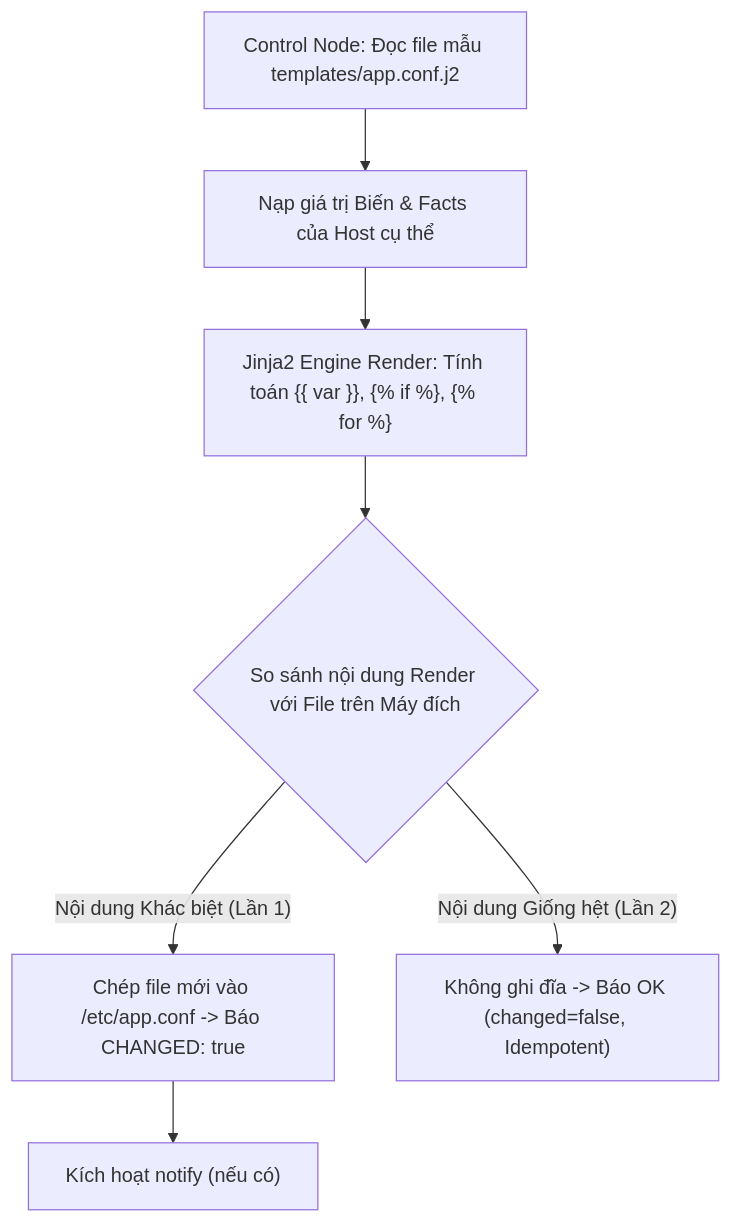
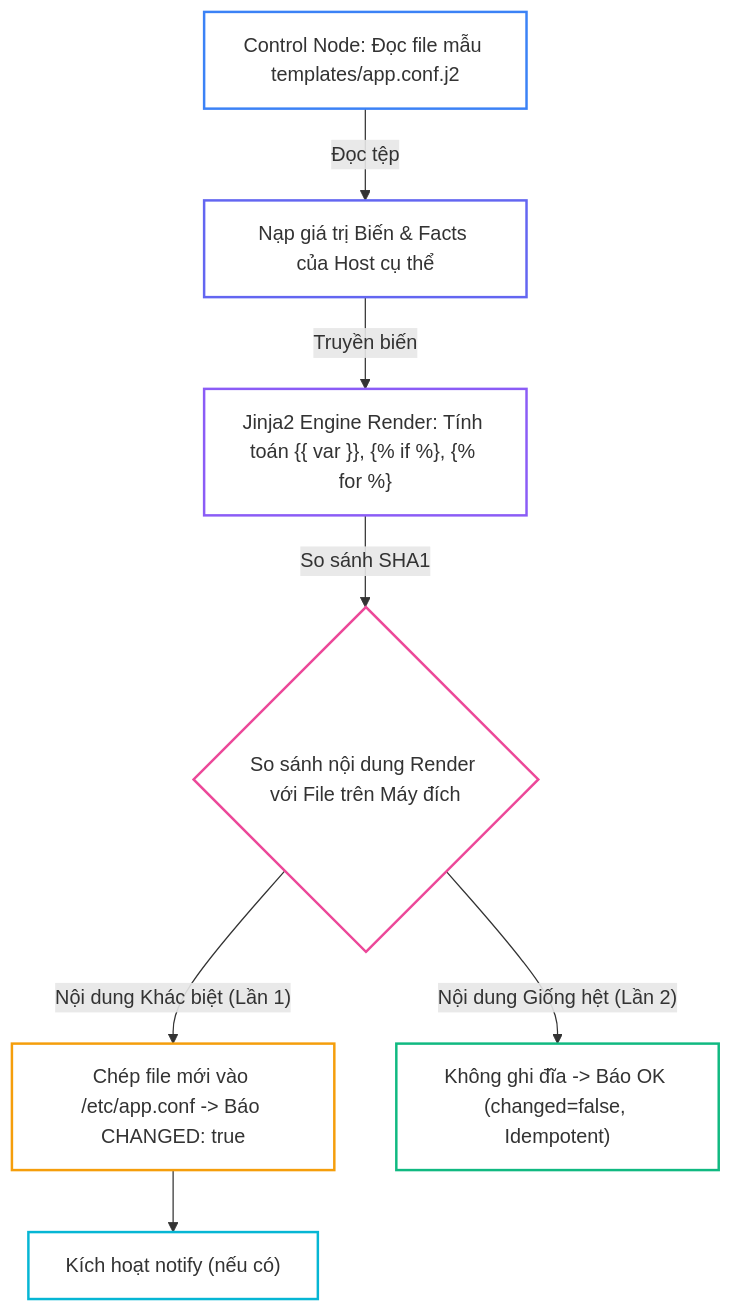
One commit to kiennt308/ntk changed the first of 3 diagrams in _posts/2026-09-13-ansible-12-12-templates-jinja2.md. Above: the diagram before and after it, drawn with Mermaid. The commit also changed other lines of this file and 30 other files, not shown here.

````diff
--- a/_posts/2026-09-13-ansible-12-12-templates-jinja2.md
+++ b/_posts/2026-09-13-ansible-12-12-templates-jinja2.md
@@ -82,11 +82,19 @@
 ```mermaid
 graph TD
-    A["Control Node: Đọc file mẫu templates/app.conf.j2"] --> B["Nạp giá trị Biến & Facts của Host cụ thể"]
-    B --> C["Jinja2 Engine Render: Tính toán {{ var }}, {% if %}, {% for %}"]
-    C --> D{"So sánh nội dung Render với File trên Máy đích"}
+    A["Control Node: Đọc file mẫu templates/app.conf.j2"] -->|"Đọc tệp"| B["Nạp giá trị Biến & Facts của Host cụ thể"]
+    B -->|"Truyền biến"| C["Jinja2 Engine Render: Tính toán {{ var }}, {% if %}, {% for %}"]
+    C -->|"So sánh SHA1"| D{"So sánh nội dung Render với File trên Máy đích"}
     
-    D -- "Nội dung Khác biệt (Lần 1)" --> E["Chép file mới vào /etc/app.conf -> Báo CHANGED: true"]
-    D -- "Nội dung Giống hệt (Lần 2)" --> F["Không ghi đĩa -> Báo OK (changed=false, Idempotent)"]
+    D -->|"Nội dung Khác biệt (Lần 1)"| E["Chép file mới vào /etc/app.conf -> Báo CHANGED: true"]
+    D -->|"Nội dung Giống hệt (Lần 2)"| F["Không ghi đĩa -> Báo OK (changed=false, Idempotent)"]
     
     E --> G["Kích hoạt notify (nếu có)"]
+
+    style A fill:none,stroke:#3b82f6,stroke-width:2px
+    style B fill:none,stroke:#6366f1,stroke-width:2px
+    style C fill:none,stroke:#8b5cf6,stroke-width:2px
+    style D fill:none,stroke:#ec4899,stroke-width:2px
+    style E fill:none,stroke:#f59e0b,stroke-width:2px
+    style F fill:none,stroke:#10b981,stroke-width:2px
+    style G fill:none,stroke:#06b6d4,stroke-width:2px
 ```
````
